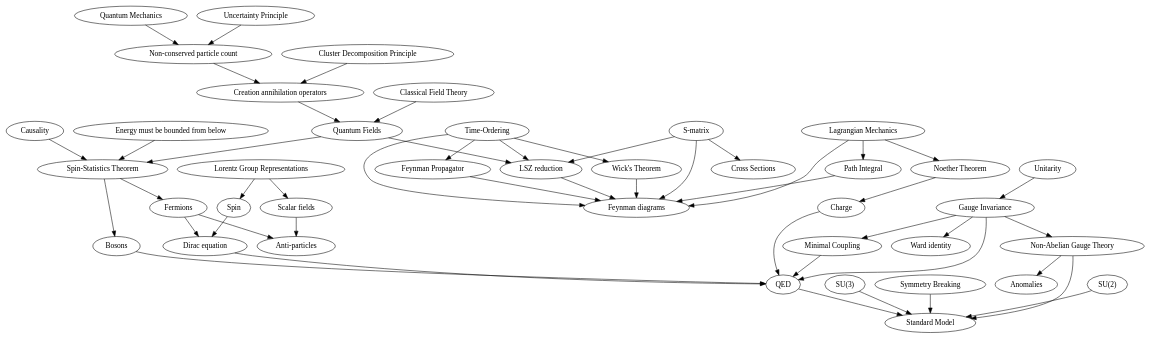
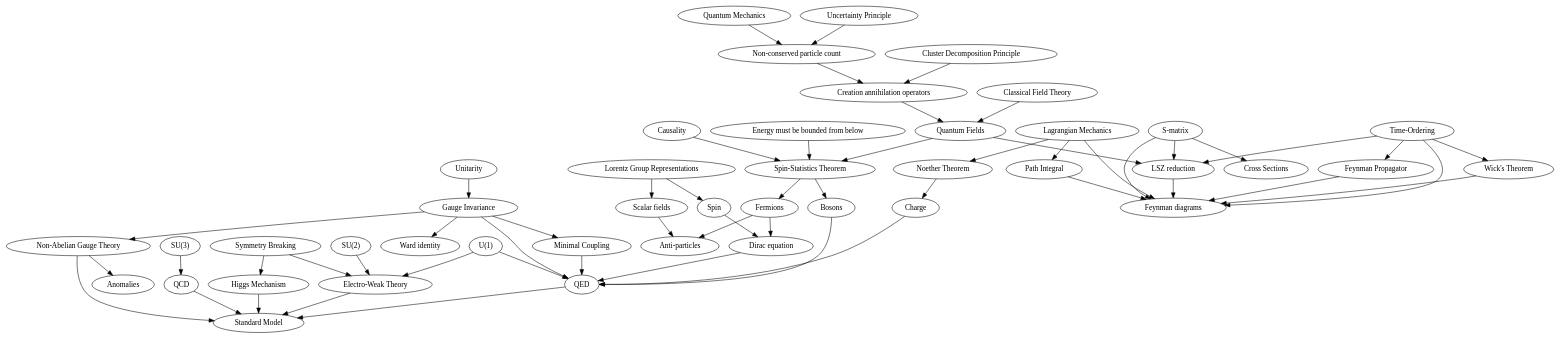
One commit to indutny/qft-graph changed the diagram in knowledge.dot. Above: the diagram before and after it, drawn with Graphviz. The commit also changed 1 other file, not shown here.

Commit message:
knowledge: QCD, ElectroWeak, Higgs

```diff
--- a/knowledge.dot
+++ b/knowledge.dot
@@ -1,116 +1,128 @@
 digraph {
   // Various nodes
 
   QM [label="Quantum Mechanics"];
   UncertaintyP [label="Uncertainty Principle"];
   Particles [label="Non-conserved particle count"];
 
   CreationAnn [label="Creation annihilation operators"];
   LG [label="Lorentz Group Representations"];
   Cluster [label="Cluster Decomposition Principle"];
   Diagrams [label="Feynman diagrams"];
   PathI [label="Path Integral"];
   Causality;
   EnergyBound [label="Energy must be bounded from below"];
   SpinStat [label="Spin-Statistics Theorem"];
   Lagrangian [label="Lagrangian Mechanics"];
   CFT [label="Classical Field Theory"];
   Noether [label="Noether Theorem"];
   CrossSec [label="Cross Sections"];
   SMatrix [label="S-matrix"];
   Prop [label="Feynman Propagator"];
   TimeOrd [label="Time-Ordering"];
   Wick [label="Wick's Theorem"];
   Gauge [label="Gauge Invariance"];
   Ward [label="Ward identity"];
   Charge [label="Charge"];
   Dirac [label="Dirac equation"];
   LSZ [label="LSZ reduction"];
   QED;
+  QCD;
+  ElectroWeak [label="Electro-Weak Theory"];
   SM [label="Standard Model"];
   Unitarity;
   Fields [label="Quantum Fields"];
   Bosons;
   Fermions;
   Spin;
   Scalar [label="Scalar fields"];
   MinimalCoup [label="Minimal Coupling"];
+  U1 [label="U(1)"];
   SU2 [label="SU(2)"];
   SU3 [label="SU(3)"];
   SymmBreak [label="Symmetry Breaking"];
   NonAbelian [label="Non-Abelian Gauge Theory"];
   Anomalies;
   Anti [label="Anti-particles"];
+  Higgs [label="Higgs Mechanism"];
 
   // Edges
 
   QM -> Particles;
   UncertaintyP -> Particles;
 
   Particles -> CreationAnn;
   Cluster -> CreationAnn;
 
   CFT -> Fields;
   CreationAnn -> Fields;
 
   SMatrix -> LSZ;
   SMatrix -> CrossSec;
 
   Fields -> LSZ;
   TimeOrd -> LSZ;
 
   TimeOrd -> Prop;
   TimeOrd -> Wick;
 
   Prop -> Diagrams;
 
   LSZ -> Diagrams;
   Lagrangian -> Diagrams;
   SMatrix -> Diagrams;
   Wick -> Diagrams;
   TimeOrd -> Diagrams;
 
   Lagrangian -> Noether;
   Noether -> Charge;
 
   Lagrangian -> PathI;
   PathI -> Diagrams;
 
   Causality -> SpinStat;
   EnergyBound -> SpinStat;
   Fields -> SpinStat;
 
   SpinStat -> Bosons;
   SpinStat -> Fermions;
 
   LG -> Spin;
   LG -> Scalar;
 
   Scalar -> Anti;
   Fermions -> Anti;
 
   Fermions -> Dirac;
   Spin -> Dirac;
 
+  U1 -> QED;
   Bosons -> QED;
   Dirac -> QED;
 
   Gauge -> Ward;
   Gauge -> QED;
   Charge -> QED;
 
   Gauge -> MinimalCoup;
   MinimalCoup -> QED;
 
   Unitarity -> Gauge;
 
   Gauge -> NonAbelian;
 
   QED -> SM;
-  SU2 -> SM;
-  SU3 -> SM;
+  SU2 -> ElectroWeak;
+  U1 -> ElectroWeak;
+  SymmBreak -> ElectroWeak;
+  SU3 -> QCD;
+
+  ElectroWeak -> SM;
+  QCD -> SM;
   NonAbelian -> SM;
-  SymmBreak -> SM;
+  SymmBreak -> Higgs;
+
+  Higgs -> SM;
 
   NonAbelian -> Anomalies;
 }
```
